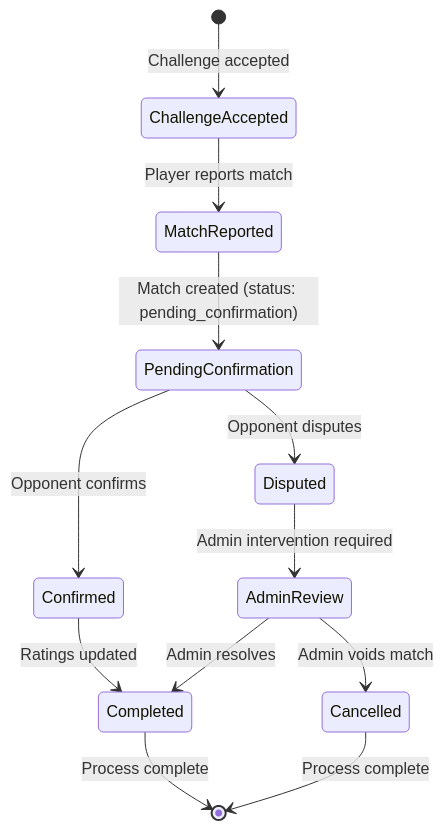
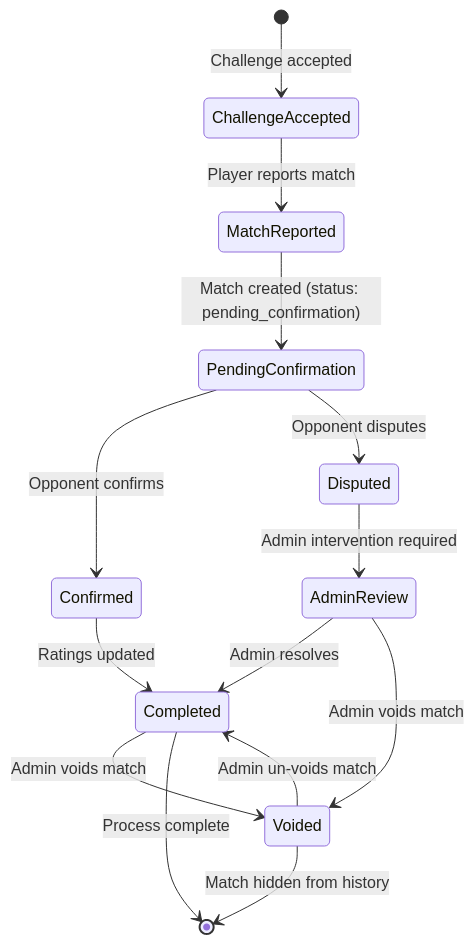
One commit to UziB26/leagueladder changed the seventh of 17 diagrams in doc/architecture.md. Above: the diagram before and after it, drawn with Mermaid. The commit also changed other lines of this file and 7 other files, not shown here.

````diff
--- a/doc/architecture.md
+++ b/doc/architecture.md
@@ -425,18 +499,21 @@
 ```mermaid
 stateDiagram-v2
     [*] --> ChallengeAccepted: Challenge accepted
     
     ChallengeAccepted --> MatchReported: Player reports match
     MatchReported --> PendingConfirmation: Match created (status: pending_confirmation)
     
     PendingConfirmation --> Confirmed: Opponent confirms
     PendingConfirmation --> Disputed: Opponent disputes
     
     Confirmed --> Completed: Ratings updated
     Disputed --> AdminReview: Admin intervention required
     AdminReview --> Completed: Admin resolves
-    AdminReview --> Cancelled: Admin voids match
+    AdminReview --> Voided: Admin voids match
+    
+    Completed --> Voided: Admin voids match
+    Voided --> Completed: Admin un-voids match
     
     Completed --> [*]: Process complete
-    Cancelled --> [*]: Process complete
+    Voided --> [*]: Match hidden from history
 ```
````
